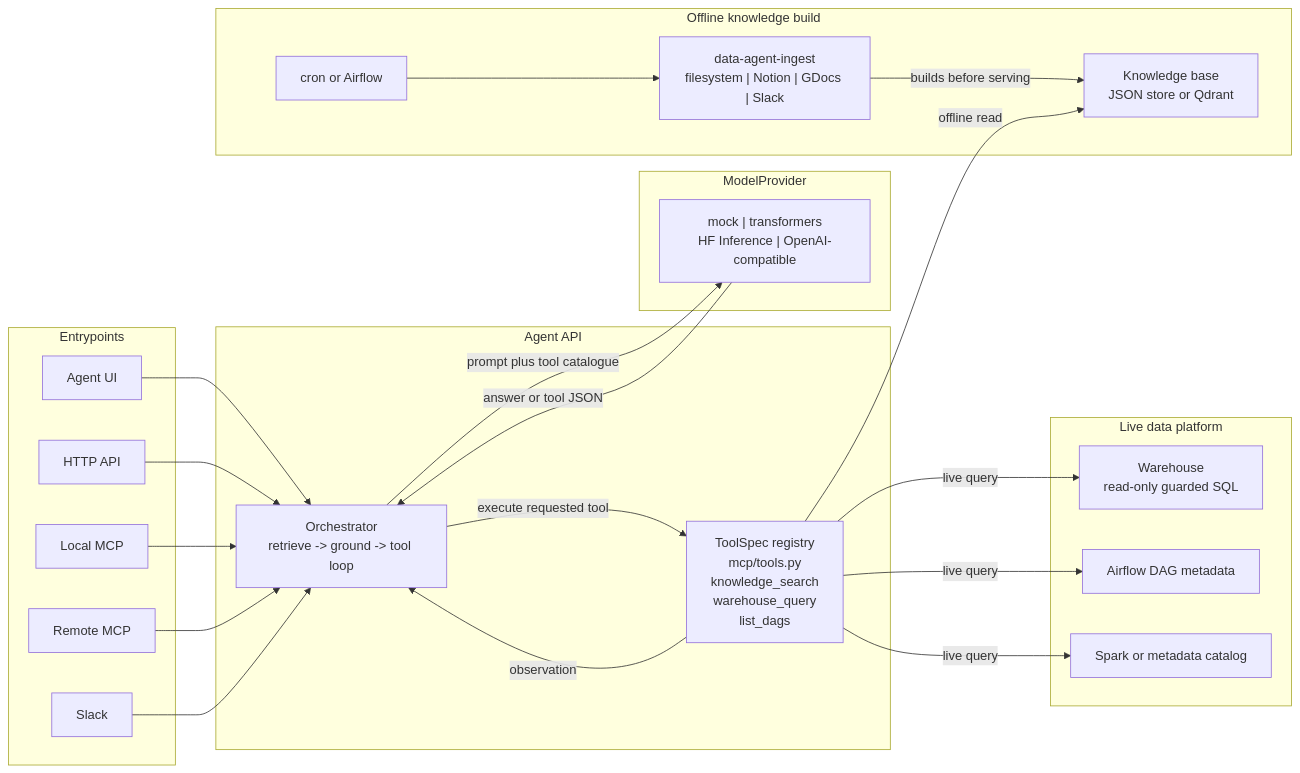
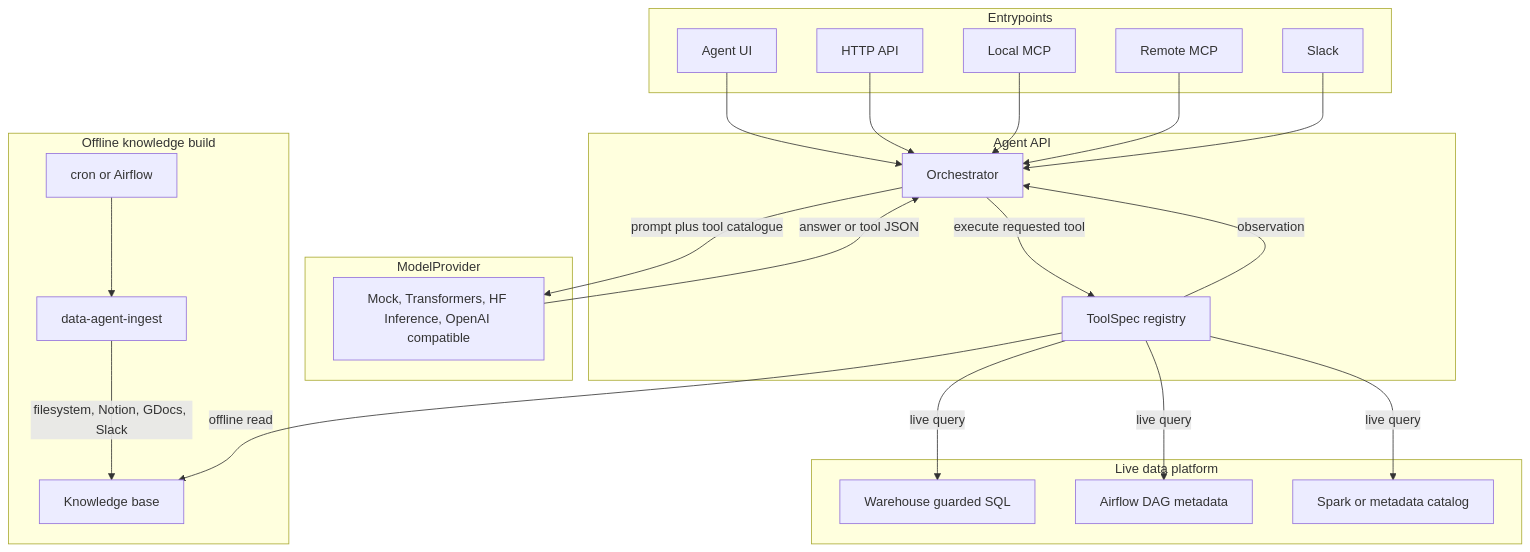
The diagram in README.md (DiogoRibeiro7/hf-data-agent), drawn with Mermaid before and after one commit.

Commit message:
Fix README Mermaid diagram syntax

````diff
--- a/README.md
+++ b/README.md
@@ -13,49 +13,49 @@
 ```mermaid
-flowchart LR
-  subgraph entrypoints["Entrypoints"]
-    ui["Agent UI"]
-    http["HTTP API"]
-    local_mcp["Local MCP"]
-    remote_mcp["Remote MCP"]
-    slack["Slack"]
+graph TD
+  subgraph Entrypoints
+    UI[Agent UI]
+    HTTP[HTTP API]
+    LOCAL_MCP[Local MCP]
+    REMOTE_MCP[Remote MCP]
+    SLACK[Slack]
   end
 
-  subgraph agent_api["Agent API"]
-    orchestrator["Orchestrator\nretrieve -> ground -> tool loop"]
-    tools["ToolSpec registry\nmcp/tools.py\nknowledge_search\nwarehouse_query\nlist_dags"]
+  subgraph AgentAPI[Agent API]
+    ORCH[Orchestrator]
+    TOOLS[ToolSpec registry]
   end
 
-  subgraph model["ModelProvider"]
-    provider["mock | transformers\nHF Inference | OpenAI-compatible"]
+  subgraph ModelLayer[ModelProvider]
+    MODEL[Mock, Transformers, HF Inference, OpenAI compatible]
   end
 
-  subgraph offline["Offline knowledge build"]
-    scheduler["cron or Airflow"]
-    ingest["data-agent-ingest\nfilesystem | Notion | GDocs | Slack"]
-    kb["Knowledge base\nJSON store or Qdrant"]
+  subgraph OfflineBuild[Offline knowledge build]
+    SCHED[cron or Airflow]
+    INGEST[data-agent-ingest]
+    KB[Knowledge base]
   end
 
-  subgraph live["Live data platform"]
-    warehouse["Warehouse\nread-only guarded SQL"]
-    airflow["Airflow DAG metadata"]
-    catalog["Spark or metadata catalog"]
+  subgraph LivePlatform[Live data platform]
+    WAREHOUSE[Warehouse guarded SQL]
+    AIRFLOW[Airflow DAG metadata]
+    CATALOG[Spark or metadata catalog]
   end
 
-  ui --> orchestrator
-  http --> orchestrator
-  local_mcp --> orchestrator
-  remote_mcp --> orchestrator
-  slack --> orchestrator
+  UI --> ORCH
+  HTTP --> ORCH
+  LOCAL_MCP --> ORCH
+  REMOTE_MCP --> ORCH
+  SLACK --> ORCH
 
-  orchestrator -->|prompt plus tool catalogue| provider
-  provider -->|answer or tool JSON| orchestrator
-  orchestrator -->|execute requested tool| tools
-  tools -->|observation| orchestrator
+  ORCH -->|prompt plus tool catalogue| MODEL
+  MODEL -->|answer or tool JSON| ORCH
+  ORCH -->|execute requested tool| TOOLS
+  TOOLS -->|observation| ORCH
 
-  scheduler --> ingest
-  ingest -->|builds before serving| kb
-  tools -->|offline read| kb
-  tools -->|live query| warehouse
-  tools -->|live query| airflow
-  tools -->|live query| catalog
+  SCHED --> INGEST
+  INGEST -->|filesystem, Notion, GDocs, Slack| KB
+  TOOLS -->|offline read| KB
+  TOOLS -->|live query| WAREHOUSE
+  TOOLS -->|live query| AIRFLOW
+  TOOLS -->|live query| CATALOG
 ```
````
